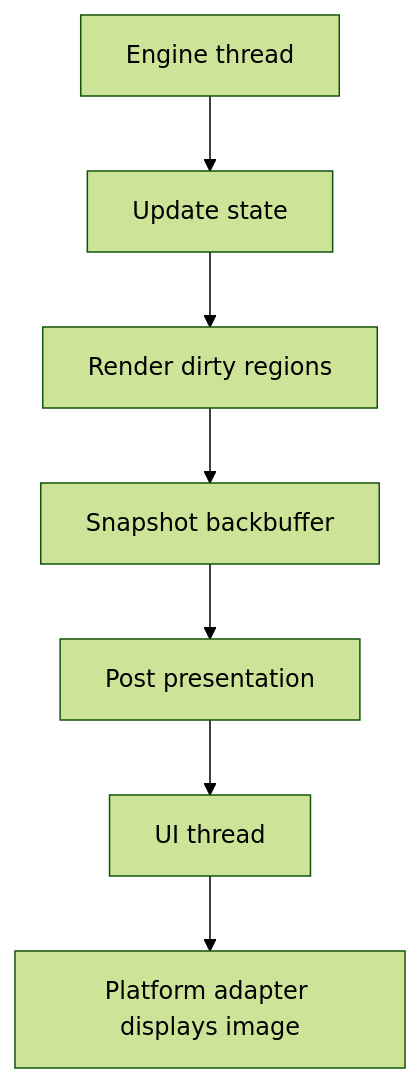
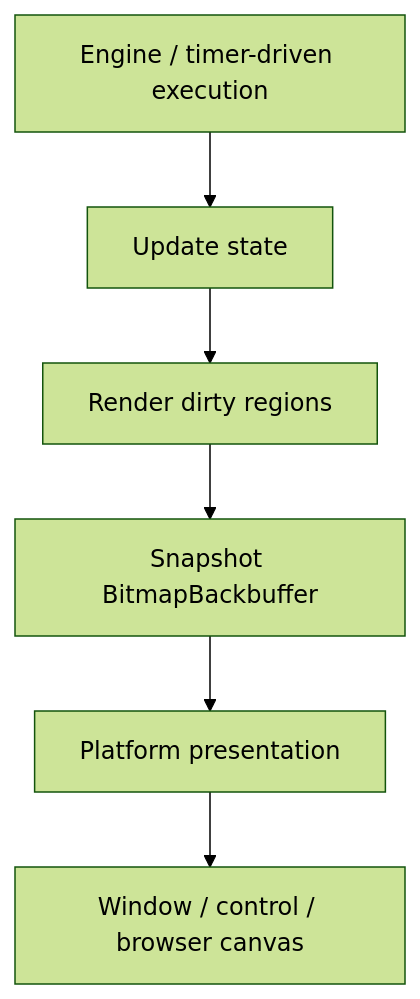
The first of 4 diagrams in docs/wiki/Bitmap-Rendering-Path.md (Isthimius/Gondwana), drawn with Mermaid (forest theme) before and after one commit. The commit also changed other lines of this file, not shown here.

Commit message:
docs(wiki): update bitmap rendering path

````diff
--- a/docs/wiki/Bitmap-Rendering-Path.md
+++ b/docs/wiki/Bitmap-Rendering-Path.md
@@ -25,9 +25,8 @@
 ```mermaid
 flowchart TD
-    A["Engine thread"] --> B["Update state"]
+    A["Engine / timer-driven execution"] --> B["Update state"]
     B --> C["Render dirty regions"]
-    C --> D["Snapshot backbuffer"]
-    D --> E["Post presentation"]
-    E --> F["UI thread"]
-    F --> G["Platform adapter displays image"]
+    C --> D["Snapshot BitmapBackbuffer"]
+    D --> E["Platform presentation"]
+    E --> F["Window / control / browser canvas"]
 ```
````
